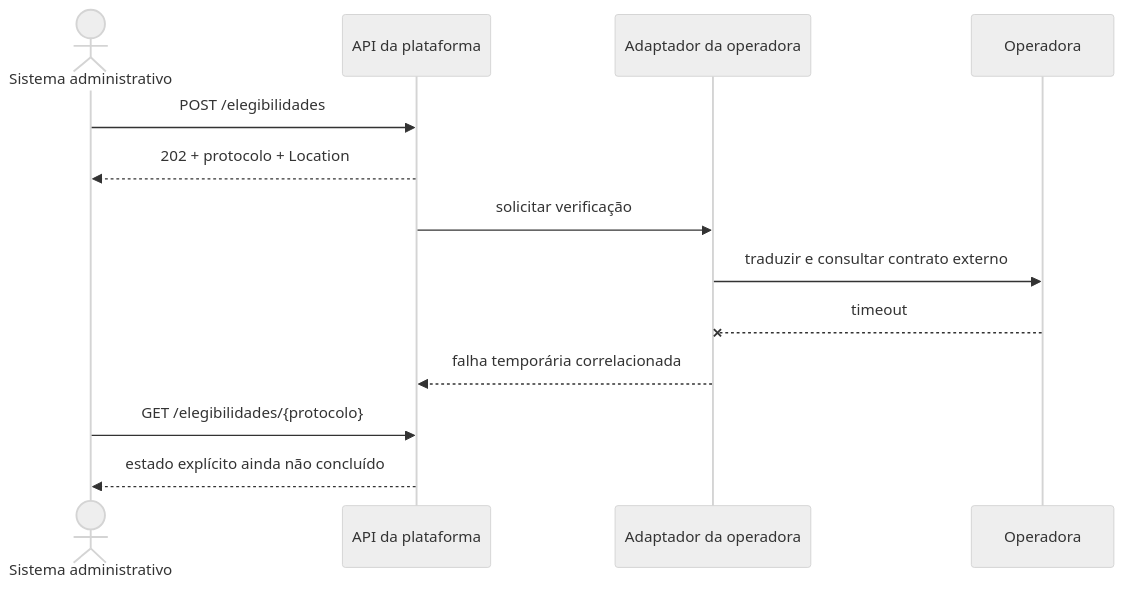
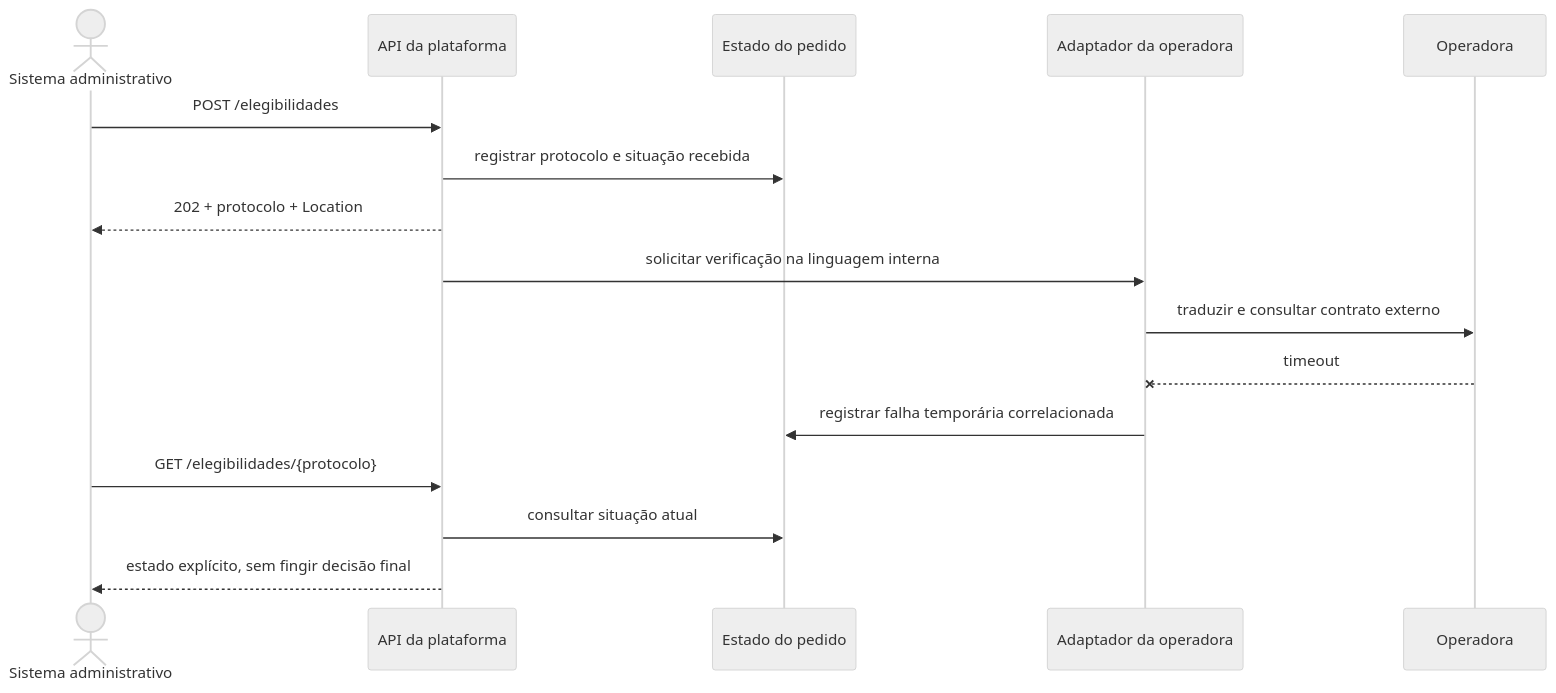
One commit to marco-mendes/arquitetura-software changed the second of 2 diagrams in docs/modulo-2-apis/estudo-de-caso.md. Above: the diagram before and after it, drawn with Mermaid (neutral theme). The commit also changed other lines of this file and 7 other files, not shown here.

Commit message:
docs: recover API architecture foundations

````diff
--- a/docs/modulo-2-apis/estudo-de-caso.md
+++ b/docs/modulo-2-apis/estudo-de-caso.md
@@ -25,15 +57,18 @@
 ```mermaid
 sequenceDiagram
     actor Administrativo as Sistema administrativo
     participant API as API da plataforma
+    participant Estado as Estado do pedido
     participant Adaptador as Adaptador da operadora
     participant Operadora
     Administrativo->>API: POST /elegibilidades
+    API->>Estado: registrar protocolo e situação recebida
     API-->>Administrativo: 202 + protocolo + Location
-    API->>Adaptador: solicitar verificação
+    API->>Adaptador: solicitar verificação na linguagem interna
     Adaptador->>Operadora: traduzir e consultar contrato externo
     Operadora--xAdaptador: timeout
-    Adaptador-->>API: falha temporária correlacionada
+    Adaptador->>Estado: registrar falha temporária correlacionada
     Administrativo->>API: GET /elegibilidades/{protocolo}
-    API-->>Administrativo: estado explícito ainda não concluído
+    API->>Estado: consultar situação atual
+    API-->>Administrativo: estado explícito, sem fingir decisão final
 ```
````
